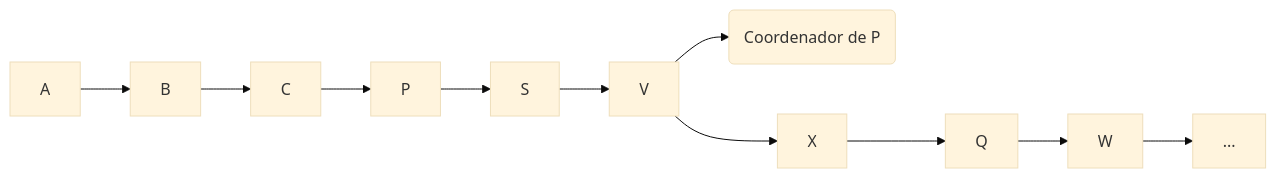
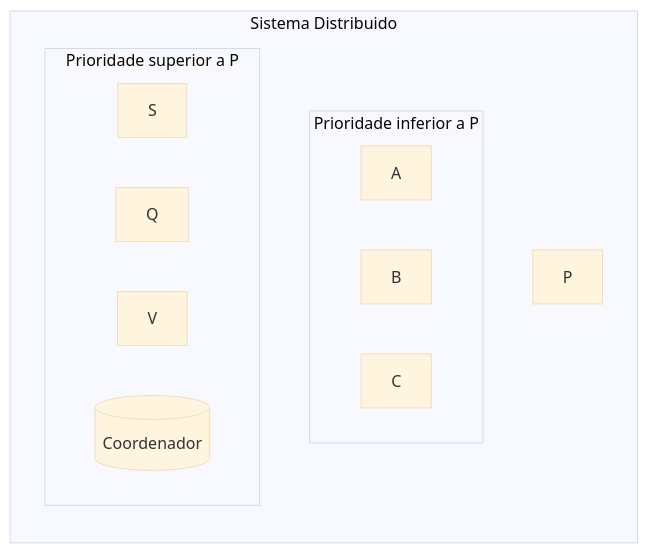
Before and after one commit to dostoievsky/bcc362: the first of 9 diagrams in README.md, drawn with Mermaid (base theme). The commit also changed other lines of this file, not shown here.

Commit message:
chore: experimental graph

````diff
--- a/README.md
+++ b/README.md
@@ -138,13 +138,17 @@
 ```mermaid
-graph LR;
-    A-->B;
-    B-->C;
-    C-->P;
-    P-->S;
-    S-->V;
-    V-->Cp(Coordenador de P)
-    V-->X;
-    X-->Q;
-    Q-->W;
-    W-->...;
+flowchart LR;
+subgraph "Sistema Distribuido"
+
+  subgraph " Prioridade inferior a P "
+    A; B; C; 
+  end
+
+  P;
+
+  subgraph " Prioridade superior a P "
+    S; Q; V;
+    Cdn[(Coordenador)]
+  end
+
+end
 ```
````
